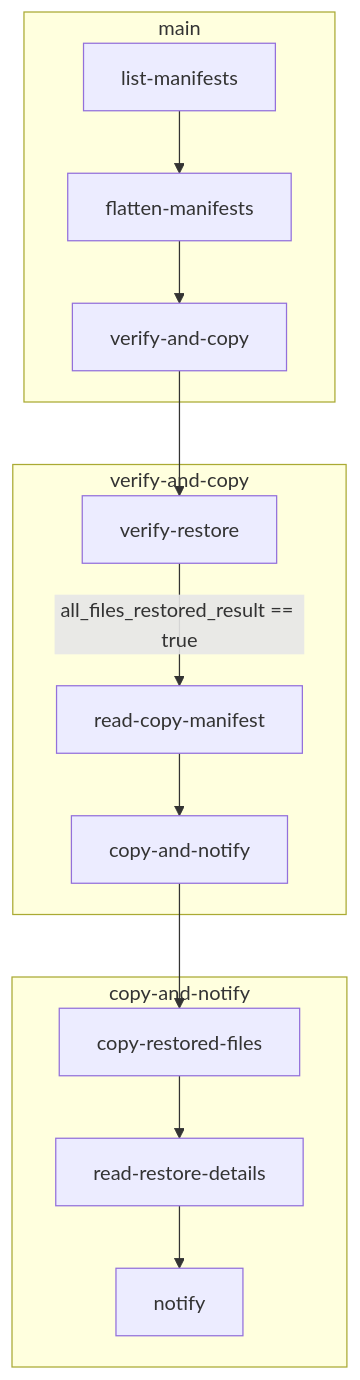
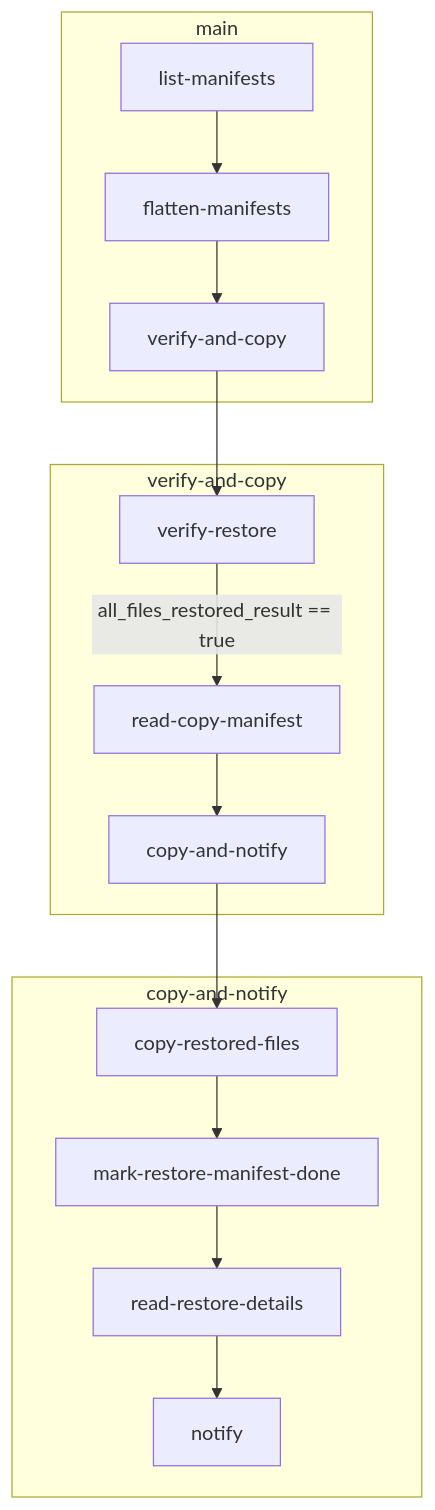
The fourth of 4 diagrams in workflows/storage/README.md (linz/topo-workflows), drawn with Mermaid before and after one commit. The commit also changed other lines of this file and 2 other files, not shown here.

Commit message:
fix: `check-restore-copy` workflow should mark restore manifest `.done` after copying files succeeded TDE-1703

````diff
--- a/workflows/storage/README.md
+++ b/workflows/storage/README.md
@@ -134,20 +134,21 @@
 ```mermaid
 graph TD
   subgraph main
     A[list-manifests] --> B[flatten-manifests]
     B --> C[verify-and-copy]
   end
 
   subgraph verify-and-copy
     C1[verify-restore] -->|all_files_restored_result == true| C2[read-copy-manifest]
     C2 --> C3[copy-and-notify]
   end
 
   subgraph copy-and-notify
-    D1[copy-restored-files] --> D2[read-restore-details]
-    D2 --> D3[notify]
+    D1[copy-restored-files] --> D2[mark-restore-manifest-done]
+    D2 --> D3[read-restore-details]
+    D3 --> D4[notify]
   end
 
   C --> C1
   C3 --> D1
 ```
````
